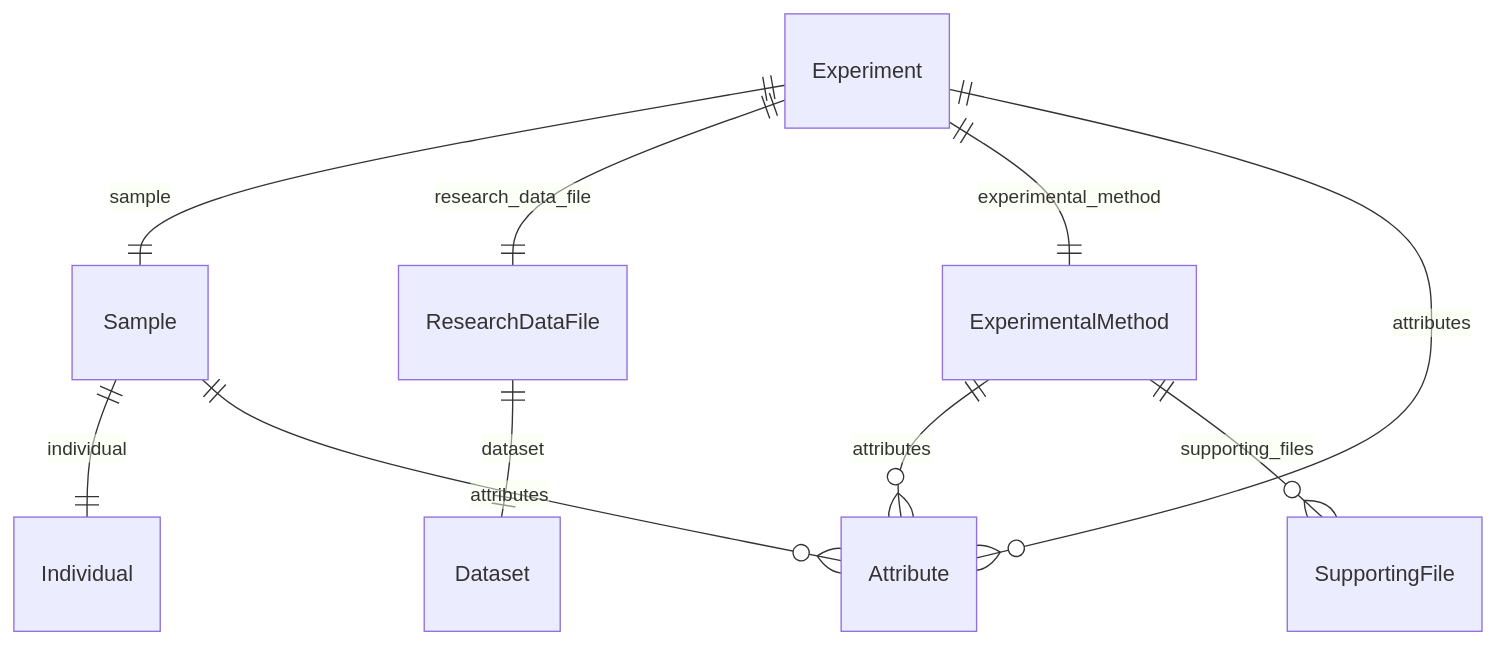
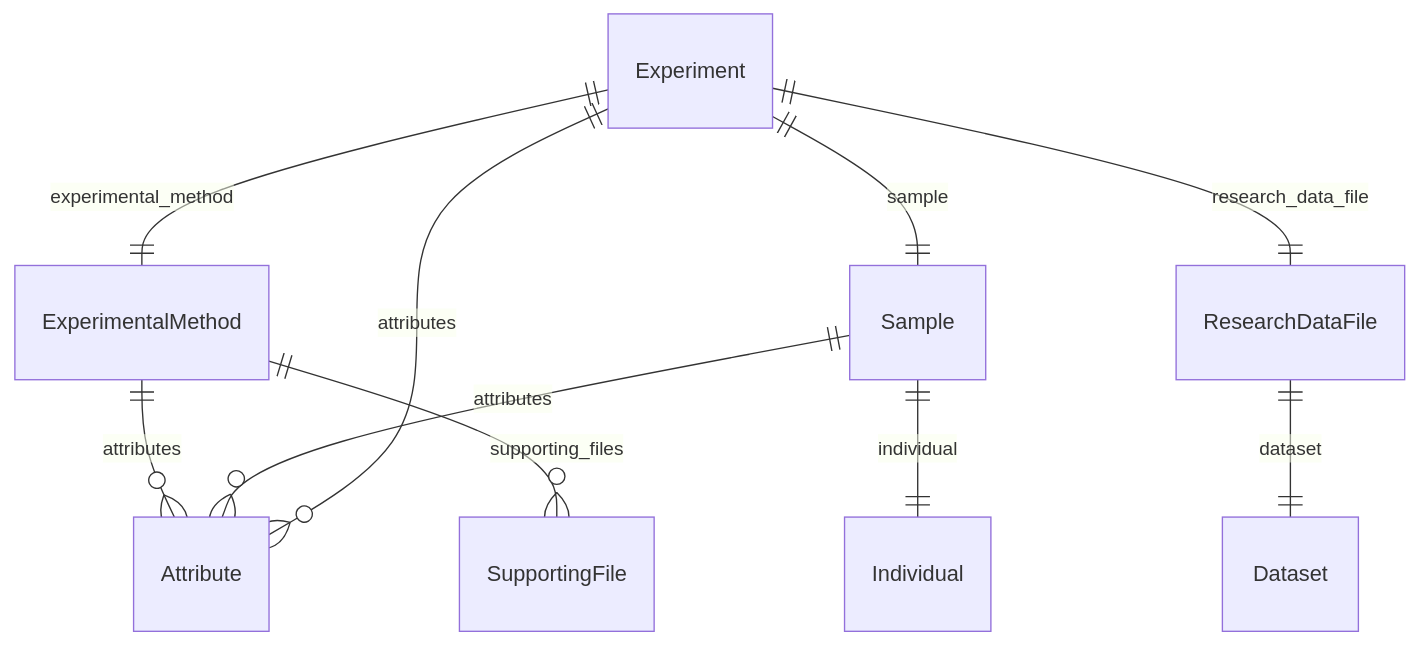
Before and after one commit to ghga-de/ghga-metadata-schema: the third of 5 diagrams in docs/entity_relations.md, drawn with Mermaid. The commit also changed other lines of this file and 24 other files, not shown here.

````diff
--- a/docs/entity_relations.md
+++ b/docs/entity_relations.md
@@ -121,26 +121,26 @@
 ```mermaid
 erDiagram
 ExperimentalMethod {
 
 }
 ResearchDataFile {
 
 }
 Sample {
 
 }
 Experiment {
 
 }
 
 ExperimentalMethod ||--}o Attribute : "attributes"
 ExperimentalMethod ||--}o SupportingFile : "supporting_files"
 ResearchDataFile ||--|| Dataset : "dataset"
 Sample ||--|| Individual : "individual"
 Sample ||--}o Attribute : "attributes"
+Experiment ||--|| ExperimentalMethod : "experimental_method"
 Experiment ||--|| Sample : "sample"
 Experiment ||--|| ResearchDataFile : "research_data_file"
-Experiment ||--|| ExperimentalMethod : "experimental_method"
 Experiment ||--}o Attribute : "attributes"
 
 ```
````
